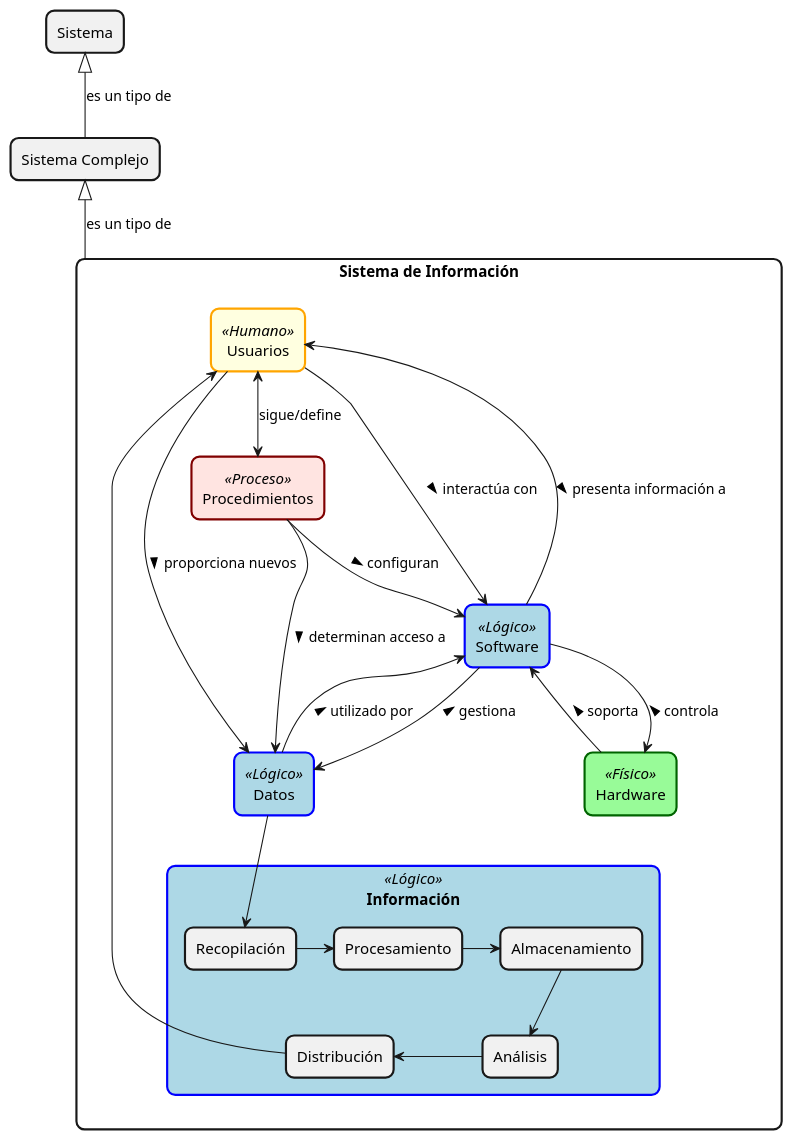
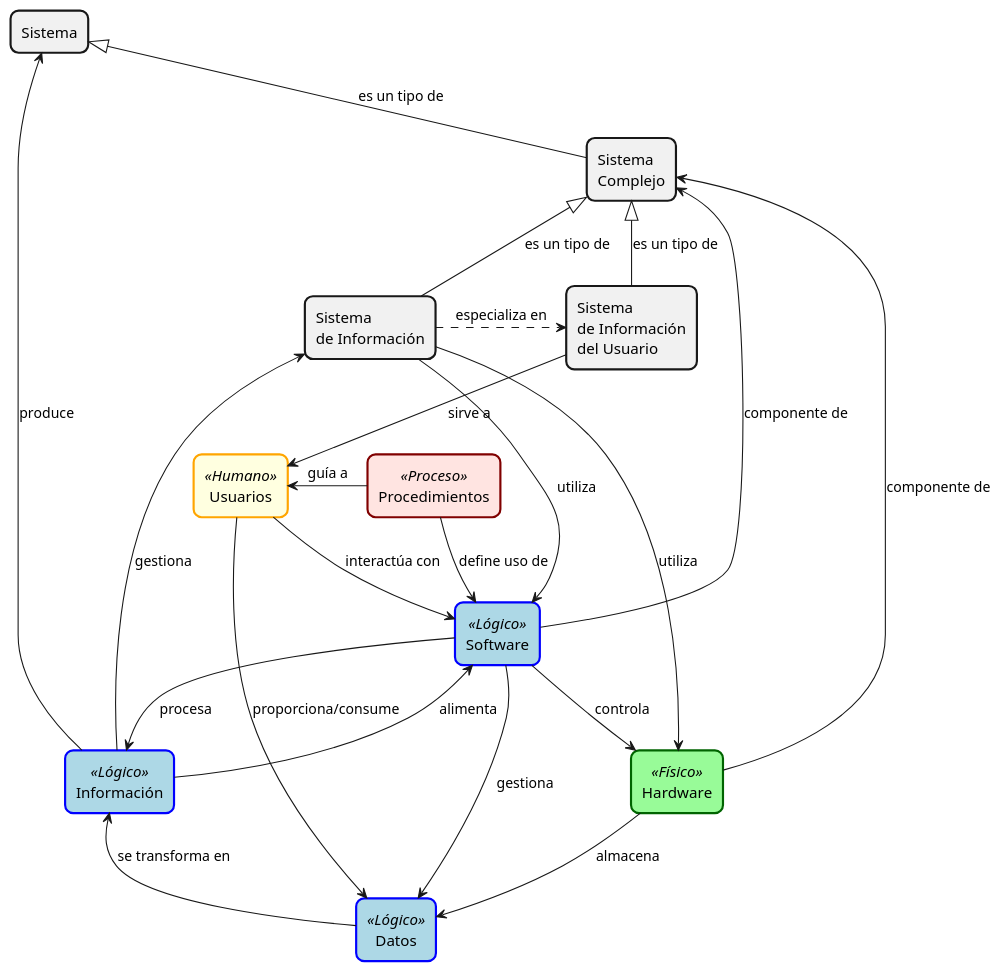
The diagram in temario/modelosUML/componentesSI.puml (oscarsantasanchez/24-25-DSI), drawn with PlantUML before and after one commit. The commit also changed 3 other files, not shown here.

```diff
--- a/temario/modelosUML/componentesSI.puml
+++ b/temario/modelosUML/componentesSI.puml
@@ -1,63 +1,58 @@
 @startuml
 
 ' Definiciones de estilo
 skinparam rectangle {
   BackgroundColor<<Físico>> PaleGreen
   BorderColor<<Físico>> DarkGreen
   BackgroundColor<<Lógico>> LightBlue
   BorderColor<<Lógico>> Blue
   BackgroundColor<<Humano>> LightYellow
   BorderColor<<Humano>> Orange
   BackgroundColor<<Proceso>> MistyRose
   BorderColor<<Proceso>> Maroon
   BorderThickness 2
   RoundCorner 15
 }
 
-' Definición de componentes principales
-rectangle "Sistema de Información" as SI {
-  rectangle "Hardware" as HW <<Físico>> 
-  rectangle "Software" as SW <<Lógico>>
-  rectangle "Datos" as DAT <<Lógico>>
-  rectangle "Procedimientos" as PROC <<Proceso>>
-  rectangle "Usuarios" as USR <<Humano>>
-  
-  ' Componente central de información
-  rectangle "Información" as INFO <<Lógico>> {
-    rectangle "Recopilación" as RECOP
-    rectangle "Procesamiento" as PROCESS
-    rectangle "Almacenamiento" as ALMAC
-    rectangle "Análisis" as ANAL
-    rectangle "Distribución" as DIST
-  }
-}
+' Definición de la jerarquía principal de sistemas
+rectangle "Sistema" as SIST
+rectangle "Sistema\nComplejo" as SCOMP
+rectangle "Sistema\nde Información" as SI
+rectangle "Sistema\nde Información\ndel Usuario" as SIUSR
 
-' Definición de relaciones
-HW --> SW : soporta >
-SW --> HW : < controla
-DAT --> SW : utilizado por >
-SW --> DAT : < gestiona
-USR --> SW : interactúa con >
-SW --> USR : < presenta información a
-USR <--> PROC : sigue/define
-PROC --> SW : configuran >
-PROC --> DAT : determinan acceso a >
+' Componentes principales del sistema de información
+rectangle "Hardware" as HW <<Físico>> 
+rectangle "Software" as SW <<Lógico>>
+rectangle "Datos" as DAT <<Lógico>>
+rectangle "Procedimientos" as PROC <<Proceso>>
+rectangle "Usuarios" as USR <<Humano>>
+rectangle "Información" as INFO <<Lógico>>
 
-' Ciclo de la información
-DAT --> RECOP
-RECOP -r-> PROCESS
-PROCESS -r-> ALMAC
-ALMAC -d-> ANAL
-ANAL -l-> DIST
-DIST -l-> USR
-USR --> DAT : proporciona nuevos >
+' Relaciones de herencia del diagrama original (preservadas)
+SIST <|-d- SCOMP : es un tipo de
+SCOMP <|-- SI : es un tipo de
+SCOMP <|-- SIUSR : es un tipo de
+SIST <-- INFO : produce
 
-' Sistema como entidad que engloba todo
-rectangle "Sistema Complejo" as SCOMP
-SCOMP <|-- SI : es un tipo de
+' Relaciones originales entre componentes (preservadas)
+SCOMP <-- HW : componente de
+SCOMP <-- SW : componente de
+SI --> HW : utiliza
+SI --> SW : utiliza
+SI <-- INFO : gestiona
+SW --> HW : controla
+SW --> INFO : procesa
+INFO --> SW : alimenta
 
-' Jerarquía de sistemas
-rectangle "Sistema" as SIST
-SIST <|-- SCOMP : es un tipo de
+' Relaciones adicionales (nuevas)
+SI .> SIUSR : especializa en
+HW --> DAT : almacena
+SW --> DAT : gestiona
+DAT -u-> INFO : se transforma en
+USR --> SW : interactúa con
+USR --> DAT : proporciona/consume
+PROC -d-> SW : define uso de
+PROC -l-> USR : guía a
+SIUSR --> USR : sirve a
 
 @enduml
```
